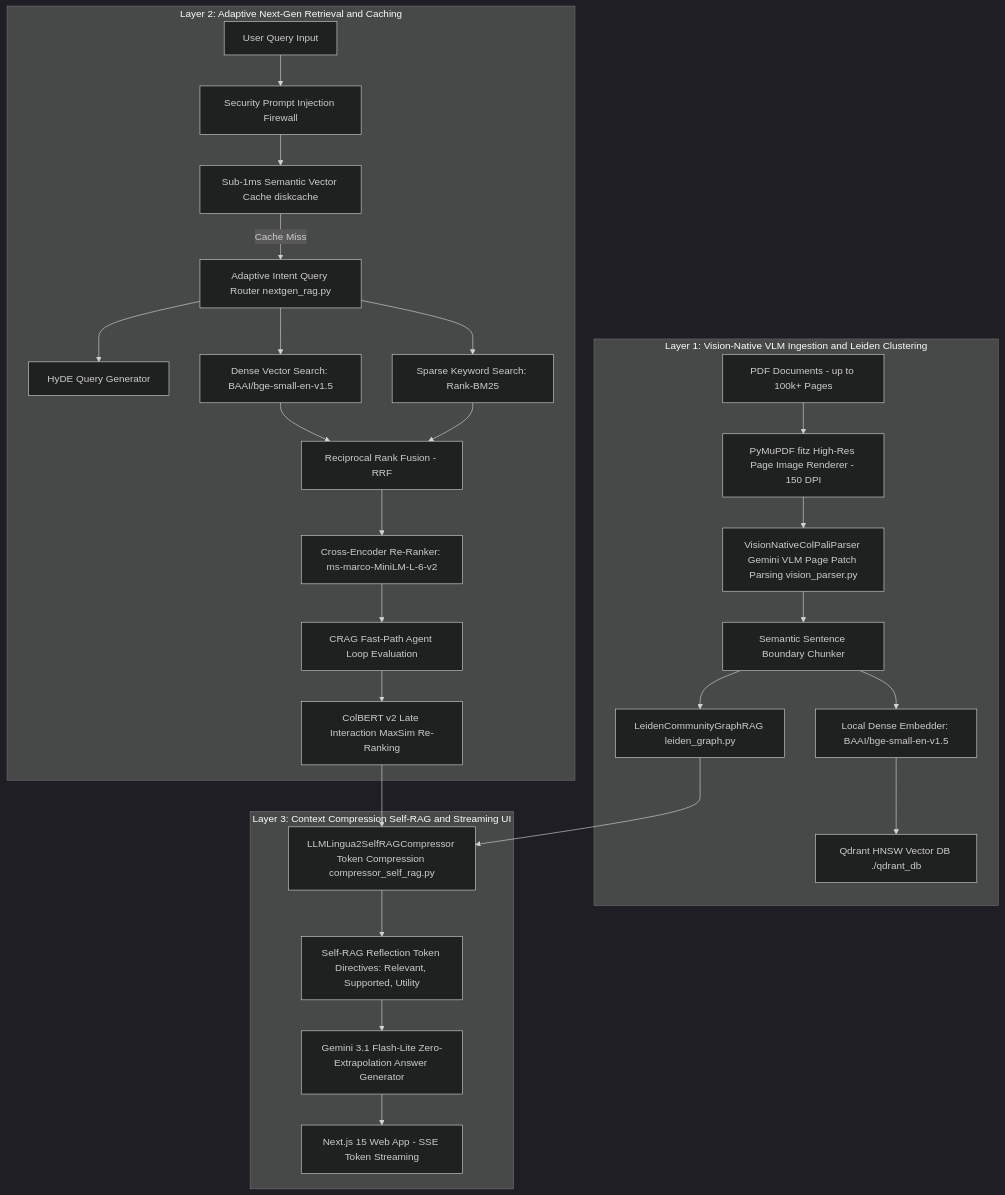
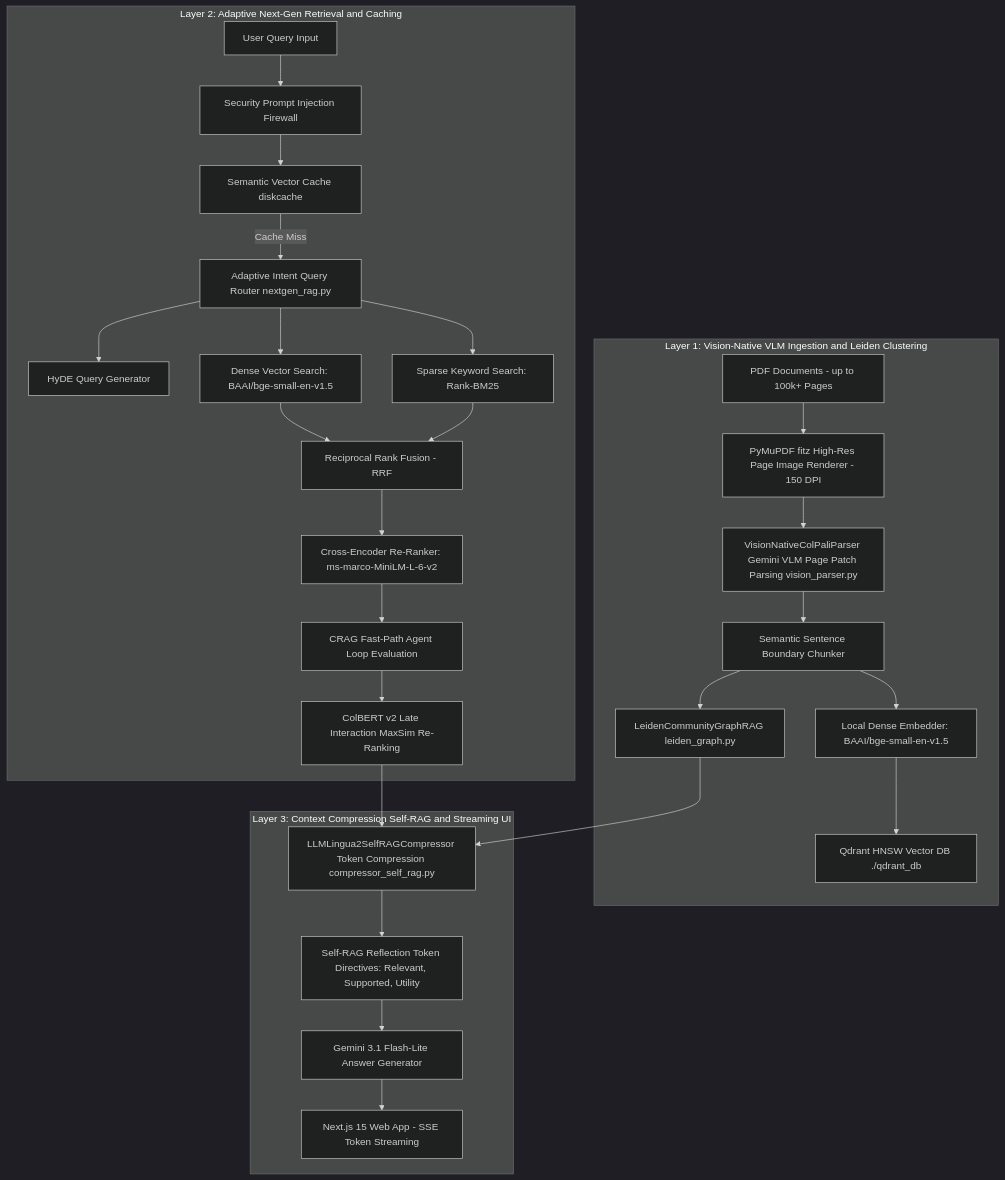
Before and after one commit to AkhilBaja3005/custom-rag: the diagram in README.md, drawn with Mermaid (dark theme). The commit also changed other lines of this file, not shown here.

````diff
--- a/README.md
+++ b/README.md
@@ -24,33 +27,33 @@
 ```mermaid
 flowchart TD
     subgraph Layer1["Layer 1: Vision-Native VLM Ingestion and Leiden Clustering"]
         A["PDF Documents - up to 100k+ Pages"] --> B["PyMuPDF fitz High-Res Page Image Renderer - 150 DPI"]
         B --> C["VisionNativeColPaliParser Gemini VLM Page Patch Parsing vision_parser.py"]
         C --> D["Semantic Sentence Boundary Chunker"]
         D --> E["Local Dense Embedder: BAAI/bge-small-en-v1.5"]
         D --> F["LeidenCommunityGraphRAG leiden_graph.py"]
         E --> G["Qdrant HNSW Vector DB ./qdrant_db"]
     end
 
     subgraph Layer2["Layer 2: Adaptive Next-Gen Retrieval and Caching"]
         H["User Query Input"] --> I["Security Prompt Injection Firewall"]
-        I --> J["Sub-1ms Semantic Vector Cache diskcache"]
+        I --> J["Semantic Vector Cache diskcache"]
         J -- Cache Miss --> K["Adaptive Intent Query Router nextgen_rag.py"]
         K --> L["HyDE Query Generator"]
         K --> M["Dense Vector Search: BAAI/bge-small-en-v1.5"]
         K --> N["Sparse Keyword Search: Rank-BM25"]
         M --> O["Reciprocal Rank Fusion - RRF"]
         N --> O
         O --> P["Cross-Encoder Re-Ranker: ms-marco-MiniLM-L-6-v2"]
         P --> Q["CRAG Fast-Path Agent Loop Evaluation"]
         Q --> R["ColBERT v2 Late Interaction MaxSim Re-Ranking"]
     end
 
     subgraph Layer3["Layer 3: Context Compression Self-RAG and Streaming UI"]
         R --> S["LLMLingua2SelfRAGCompressor Token Compression compressor_self_rag.py"]
         F --> S
         S --> T["Self-RAG Reflection Token Directives: Relevant, Supported, Utility"]
-        T --> U["Gemini 3.1 Flash-Lite Zero-Extrapolation Answer Generator"]
+        T --> U["Gemini 3.1 Flash-Lite Answer Generator"]
         U --> V["Next.js 15 Web App - SSE Token Streaming"]
     end
 ```
````
